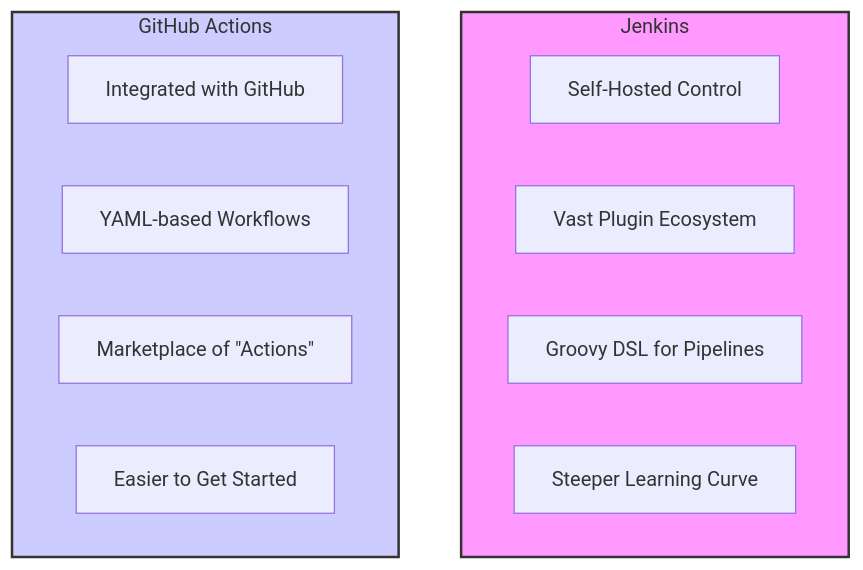
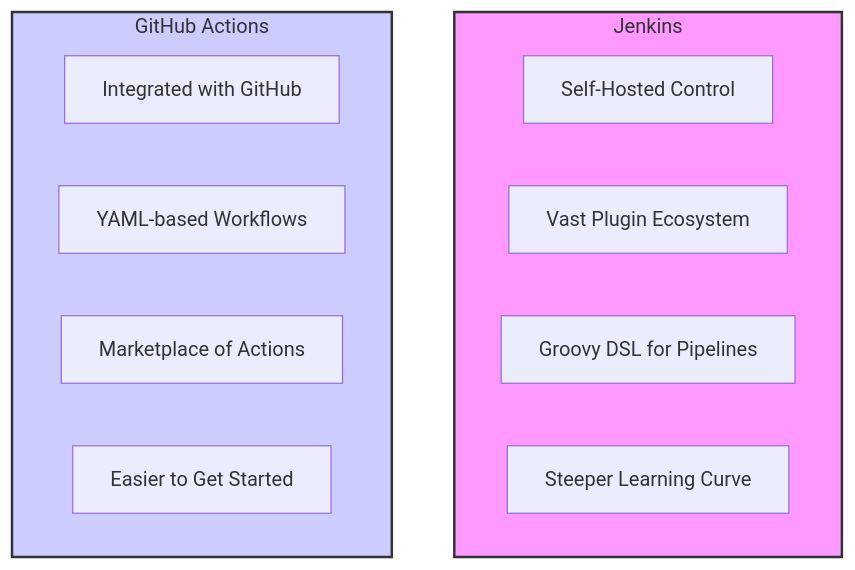
One commit to zhu-weijie/my-static-blog changed the first of 5 diagrams in content/2025-09-10-github-actions-vs-jenkins.md. Above: the diagram before and after it, drawn with Mermaid. The commit also changed 3 other files, not shown here.

````diff
--- a/content/2025-09-10-github-actions-vs-jenkins.md
+++ b/content/2025-09-10-github-actions-vs-jenkins.md
@@ -16,21 +16,21 @@
 ```mermaid
 graph TD
     subgraph Jenkins
         direction LR
         A[Self-Hosted Control];
         B[Vast Plugin Ecosystem];
         C[Groovy DSL for Pipelines];
         D[Steeper Learning Curve];
     end
 
     subgraph GHR [GitHub Actions]
         direction LR
         E[Integrated with GitHub];
         F[YAML-based Workflows];
-        G[Marketplace of &quot;Actions&quot;];
+        G[Marketplace of Actions];
         H[Easier to Get Started];
     end
 
     style Jenkins fill:#f9f,stroke:#333,stroke-width:2px
     style GHR fill:#ccf,stroke:#333,stroke-width:2px
 ```
````
